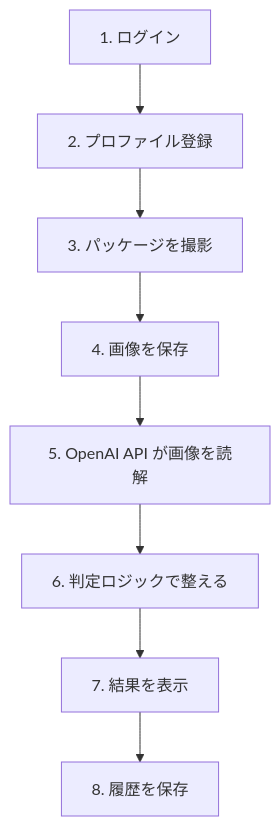
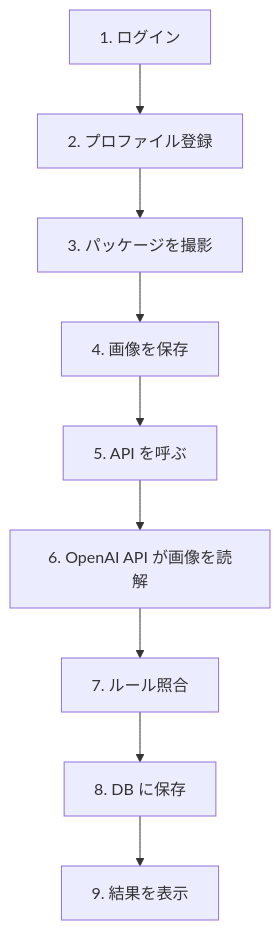
The second of 3 diagrams in docs/portfolio-system-overview.md (hrkshz/allergy-support-app), drawn with Mermaid before and after one commit. The commit also changed other lines of this file and 2 other files, not shown here.

Commit message:
Clarify docs architecture and data flow

````diff
--- a/docs/portfolio-system-overview.md
+++ b/docs/portfolio-system-overview.md
@@ -128,13 +196,14 @@
 ```mermaid
 flowchart TD
     L[1. ログイン]
     P[2. プロファイル登録]
     C[3. パッケージを撮影]
     S[4. 画像を保存]
-    O[5. OpenAI API が画像を読解]
-    R[6. 判定ロジックで整える]
-    V[7. 結果を表示]
-    H[8. 履歴を保存]
+    A[5. API を呼ぶ]
+    O[6. OpenAI API が画像を読解]
+    R[7. ルール照合]
+    H[8. DB に保存]
+    V[9. 結果を表示]
 
-    L --> P --> C --> S --> O --> R --> V --> H
+    L --> P --> C --> S --> A --> O --> R --> H --> V
 ```
````
